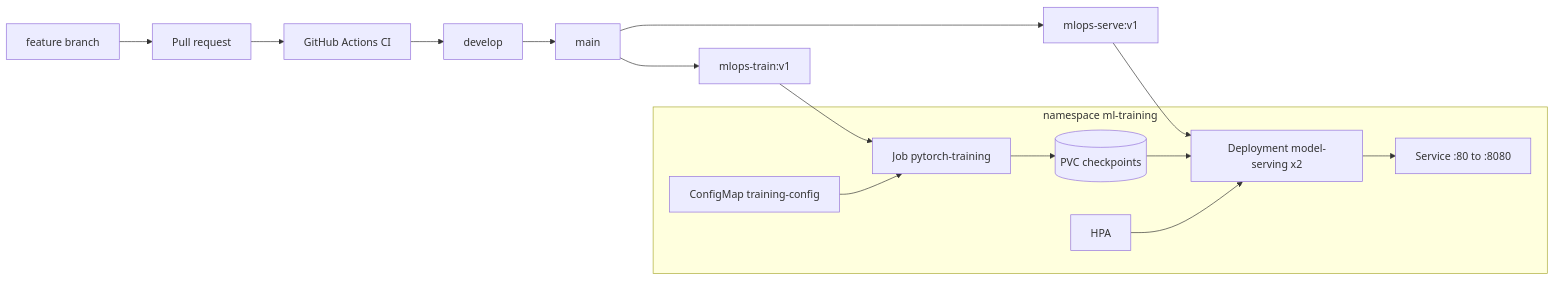
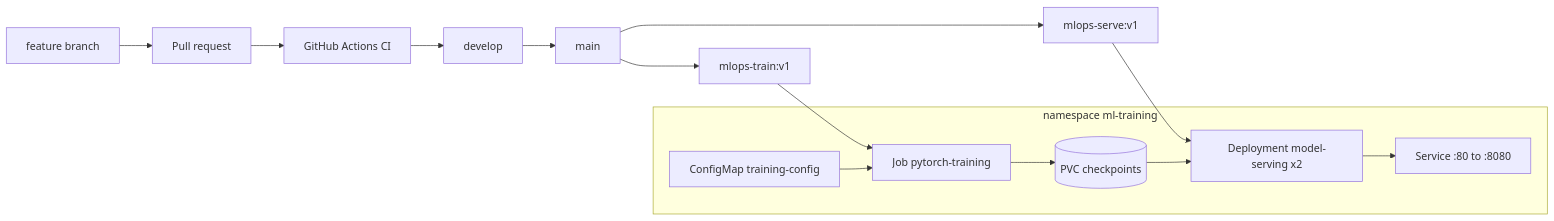
The diagram in README.md (vineet891/mlops-pytorch-pipeline), drawn with Mermaid before and after one commit. The commit also changed other lines of this file and 6 other files, not shown here.

````diff
--- a/README.md
+++ b/README.md
@@ -14,27 +14,25 @@
 ```mermaid
 flowchart LR
   feature["feature branch"] --> pr["Pull request"]
   pr --> ci["GitHub Actions CI"]
   ci --> develop["develop"]
   develop --> main["main"]
 
   main --> trainImg["mlops-train:v1"]
   main --> serveImg["mlops-serve:v1"]
 
   subgraph k8s["namespace ml-training"]
     cm["ConfigMap training-config"]
     job["Job pytorch-training"]
     pvc[("PVC checkpoints")]
     deploy["Deployment model-serving x2"]
     svc["Service :80 to :8080"]
-    hpa["HPA"]
   end
 
   trainImg --> job
   serveImg --> deploy
   cm --> job
   job --> pvc
   pvc --> deploy
   deploy --> svc
-  hpa --> deploy
 ```
````
